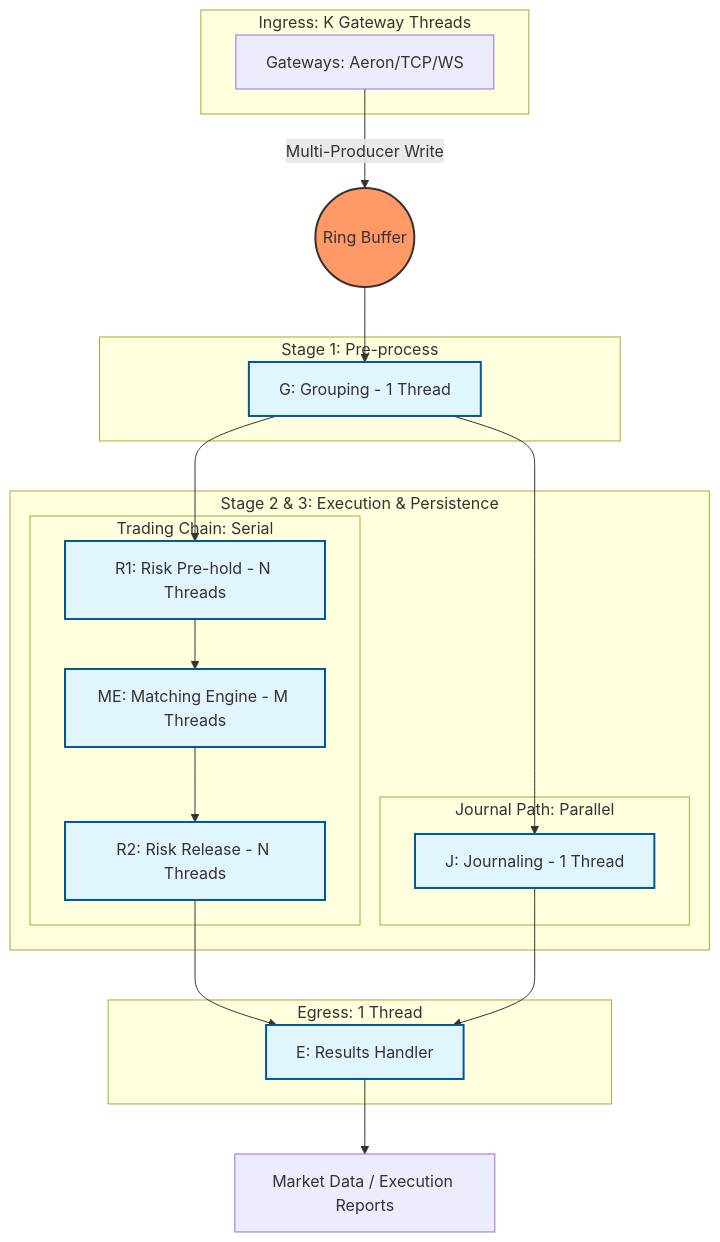
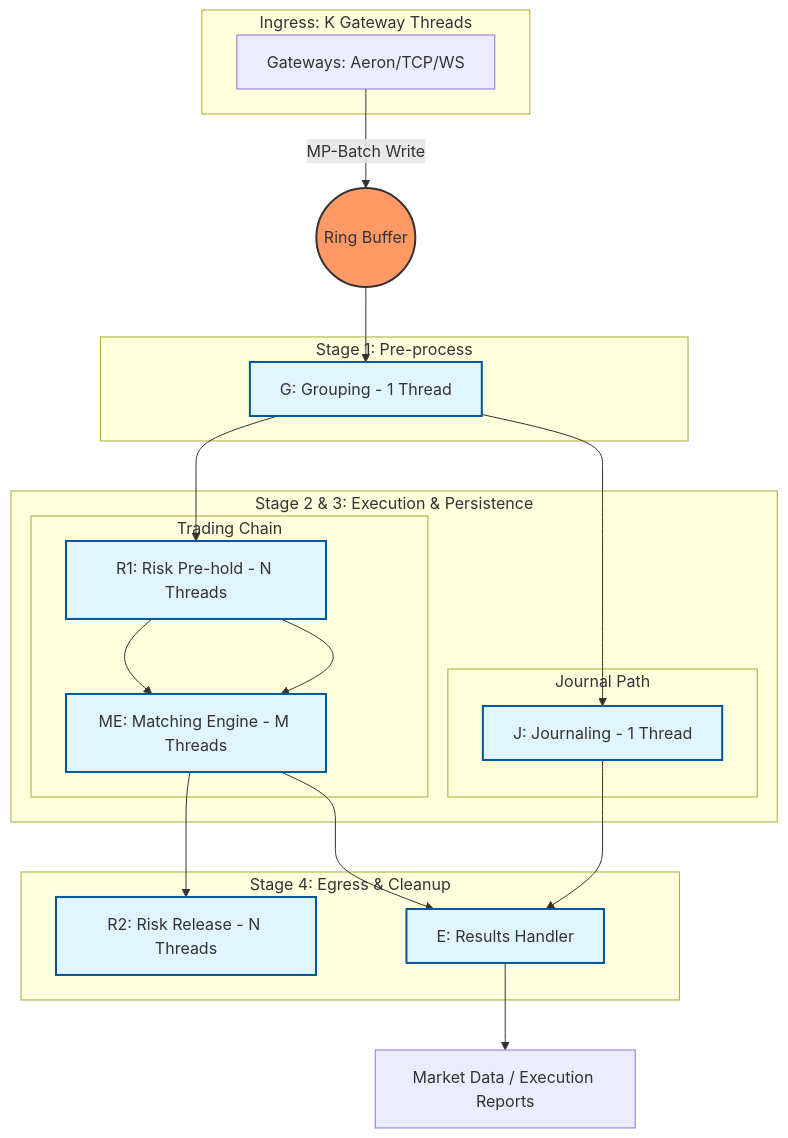
Before and after one commit to SkynetNext/exchange-cpp: the diagram in README.md, drawn with Mermaid. The commit also changed other lines of this file and 41 other files, not shown here.

````diff
--- a/README.md
+++ b/README.md
@@ -34,44 +34,50 @@
 ```mermaid
 graph TD
     %% Ingress
     subgraph Ingress [Ingress: K Gateway Threads]
         GW[Gateways: Aeron/TCP/WS]
     end
 
-    GW -- "Multi-Producer Write" --> RB((Ring Buffer))
+    GW -- "MP-Batch Write" --> RB((Ring Buffer))
 
-    %% Pipeline Stage 1
+    %% Pipeline Stage 1 - Centered
     subgraph Stage1 [Stage 1: Pre-process]
         G[G: Grouping - 1 Thread]
     end
 
-    %% Pipeline Stage 2 & 3 (Parallel Paths)
+    %% Pipeline Stage 2 & 3 - Centered
     subgraph Stage2_3 [Stage 2 & 3: Execution & Persistence]
-        subgraph TradingChain [Trading Chain: Serial]
+        subgraph TradingChain [Trading Chain]
             R1[R1: Risk Pre-hold - N Threads]
             --> ME[ME: Matching Engine - M Threads]
-            --> R2[R2: Risk Release - N Threads]
         end
         
-        subgraph JournalPath [Journal Path: Parallel]
+        subgraph JournalPath [Journal Path]
             J[J: Journaling - 1 Thread]
         end
     end
 
-    %% Egress
-    subgraph Egress [Egress: 1 Thread]
+    %% Egress & Cleanup - Centered
+    subgraph Egress [Stage 4: Egress & Cleanup]
+        R2[R2: Risk Release - N Threads]
         E[E: Results Handler]
     end
 
+    %% Output - Centered
+    Out[Market Data / Execution Reports]
+
+    %% Connections
     RB --> G
     G --> R1
     G --> J
-    R2 --> E
+    R1 --> ME
+    ME --> R2
+    ME --> E
     J --> E
-    E --> Out[Market Data / Execution Reports]
+    E --> Out
 
     %% Styling
     style RB fill:#f96,stroke:#333,stroke-width:2px
     classDef logic fill:#e1f5fe,stroke:#01579b,stroke-width:2px;
     class G,J,R1,ME,R2,E logic;
 ```
````
